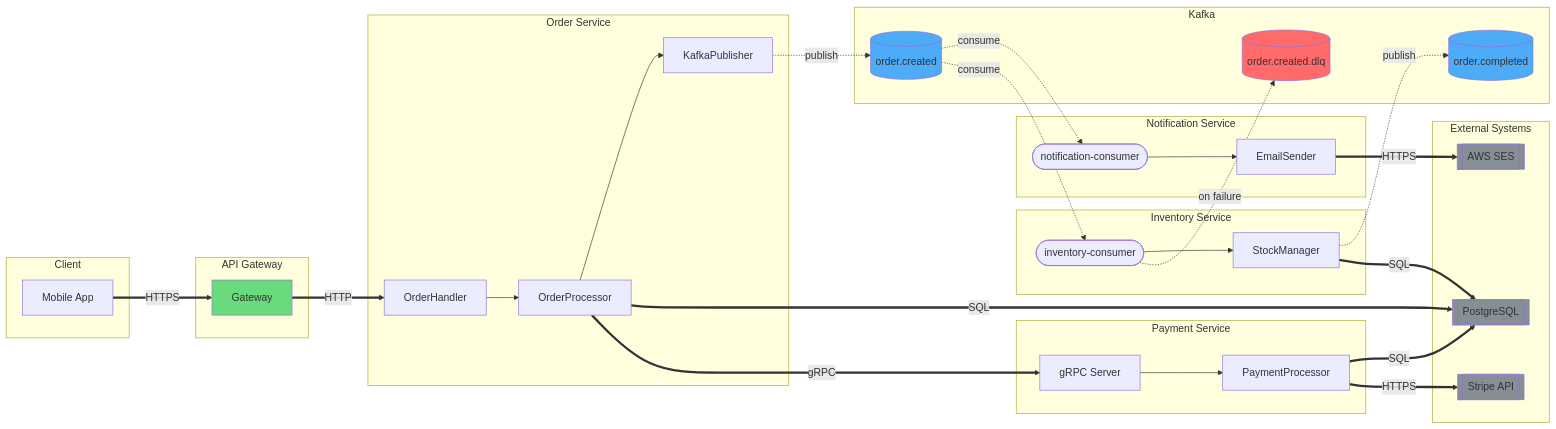
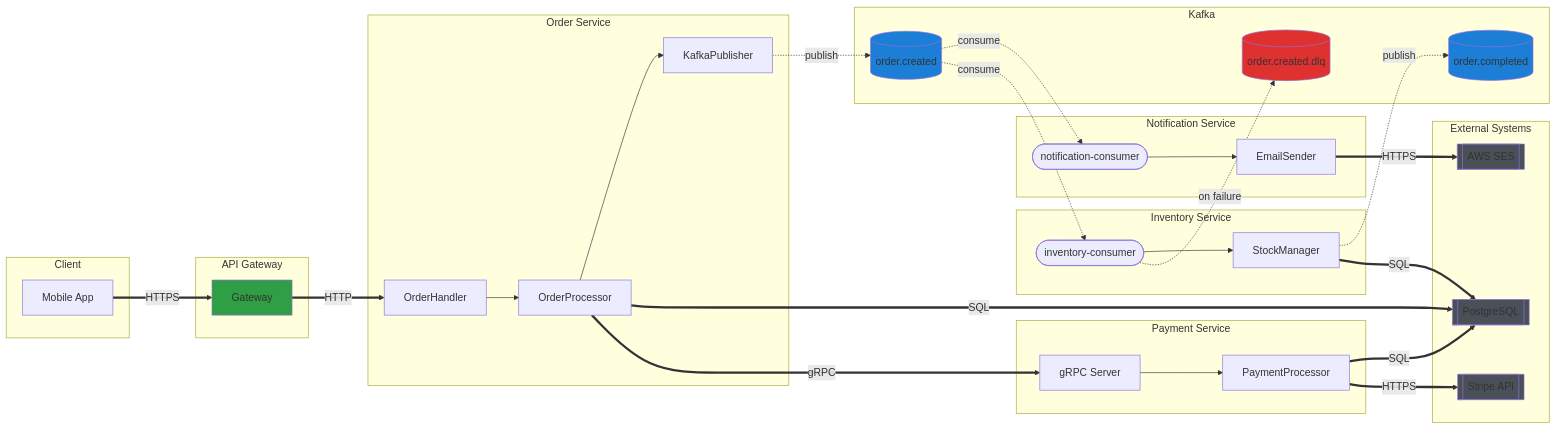
One commit to selimabeniacar/gemini-skills changed the first of 5 diagrams in examples/service-flow.md. Above: the diagram before and after it, drawn with Mermaid. The commit also changed other lines of this file and 6 other files, not shown here.

Commit message:
Add /flow skill for generating flow diagrams

````diff
--- a/examples/service-flow.md
+++ b/examples/service-flow.md
@@ -9,76 +9,76 @@
 ```mermaid
 flowchart LR
-    subgraph Client [Client]
+    subgraph client ["Client"]
         C1[Mobile App]
     end
 
-    subgraph APIGateway [API Gateway]
+    subgraph api-gateway ["API Gateway"]
         GW[Gateway]
     end
 
-    subgraph OrderService [Order Service]
+    subgraph order-service ["Order Service"]
         O1[OrderHandler]
         O2[OrderProcessor]
         O3[KafkaPublisher]
     end
 
-    subgraph PaymentService [Payment Service]
+    subgraph payment-service ["Payment Service"]
         P1[gRPC Server]
         P2[PaymentProcessor]
     end
 
-    subgraph InventoryService [Inventory Service]
+    subgraph inventory-service ["Inventory Service"]
         I1([inventory-consumer])
         I2[StockManager]
     end
 
-    subgraph NotificationService [Notification Service]
+    subgraph notification-service ["Notification Service"]
         N1([notification-consumer])
         N2[EmailSender]
     end
 
-    subgraph Kafka [Kafka]
+    subgraph kafka ["Kafka"]
         T1[(order.created)]
         T2[(order.completed)]
         DLQ[(order.created.dlq)]
     end
 
-    subgraph External [External Systems]
+    subgraph external ["External Systems"]
         DB[[PostgreSQL]]
         STRIPE[[Stripe API]]
         SES[[AWS SES]]
     end
 
     %% SYNC paths (gRPC/HTTP) - thick arrows ==>
     C1 ==>|HTTPS| GW
     GW ==>|HTTP| O1
     O2 ==>|gRPC| P1
     P2 ==>|HTTPS| STRIPE
     O2 ==>|SQL| DB
     P2 ==>|SQL| DB
     I2 ==>|SQL| DB
     N2 ==>|HTTPS| SES
 
     %% ASYNC paths (Kafka) - dotted arrows -.->
     O3 -.->|publish| T1
     T1 -.->|consume| I1
     T1 -.->|consume| N1
     I1 -.->|on failure| DLQ
     I2 -.->|publish| T2
 
     %% Internal calls - thin arrows -->
     O1 --> O2
     O2 --> O3
     P1 --> P2
     I1 --> I2
     N1 --> N2
 
     %% Styling
-    style GW fill:#69db7c
-    style T1 fill:#4dabf7
-    style T2 fill:#4dabf7
-    style DLQ fill:#ff6b6b
-    style DB fill:#868e96
-    style STRIPE fill:#868e96
-    style SES fill:#868e96
+    style GW fill:#2f9e44
+    style T1 fill:#1c7ed6
+    style T2 fill:#1c7ed6
+    style DLQ fill:#e03131
+    style DB fill:#495057
+    style STRIPE fill:#495057
+    style SES fill:#495057
 ```
````
